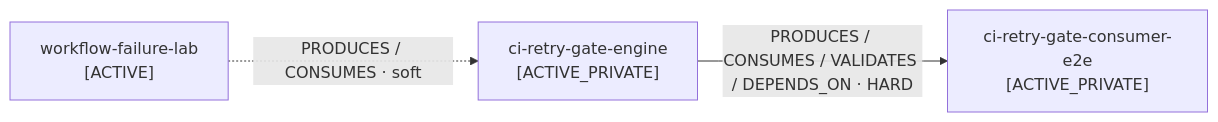
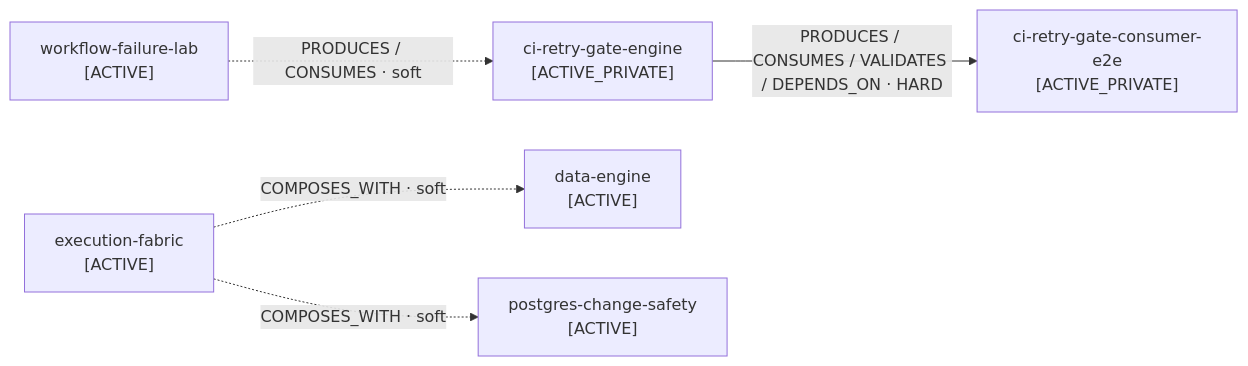
One commit to achirothmane/achirothmane changed the diagram in portfolio/DEPENDENCY-GRAPH.md. Above: the diagram before and after it, drawn with Mermaid. The commit also changed other lines of this file, not shown here.

Commit message:
portfolio: regenerate dependency graph for Execution Fabric

````diff
--- a/portfolio/DEPENDENCY-GRAPH.md
+++ b/portfolio/DEPENDENCY-GRAPH.md
@@ -16,8 +16,13 @@
 ```mermaid
 flowchart LR
     p_ci_retry_gate_consumer_e2e["ci-retry-gate-consumer-e2e\n[ACTIVE_PRIVATE]"]
     p_ci_retry_gate_engine["ci-retry-gate-engine\n[ACTIVE_PRIVATE]"]
+    p_data_engine["data-engine\n[ACTIVE]"]
+    p_execution_fabric["execution-fabric\n[ACTIVE]"]
+    p_postgres_change_safety["postgres-change-safety\n[ACTIVE]"]
     p_workflow_failure_lab["workflow-failure-lab\n[ACTIVE]"]
     p_ci_retry_gate_engine -->|"PRODUCES / CONSUMES / VALIDATES / DEPENDS_ON · HARD"| p_ci_retry_gate_consumer_e2e
+    p_execution_fabric -.->|"COMPOSES_WITH · soft"| p_data_engine
+    p_execution_fabric -.->|"COMPOSES_WITH · soft"| p_postgres_change_safety
     p_workflow_failure_lab -.->|"PRODUCES / CONSUMES · soft"| p_ci_retry_gate_engine
 ```
````
